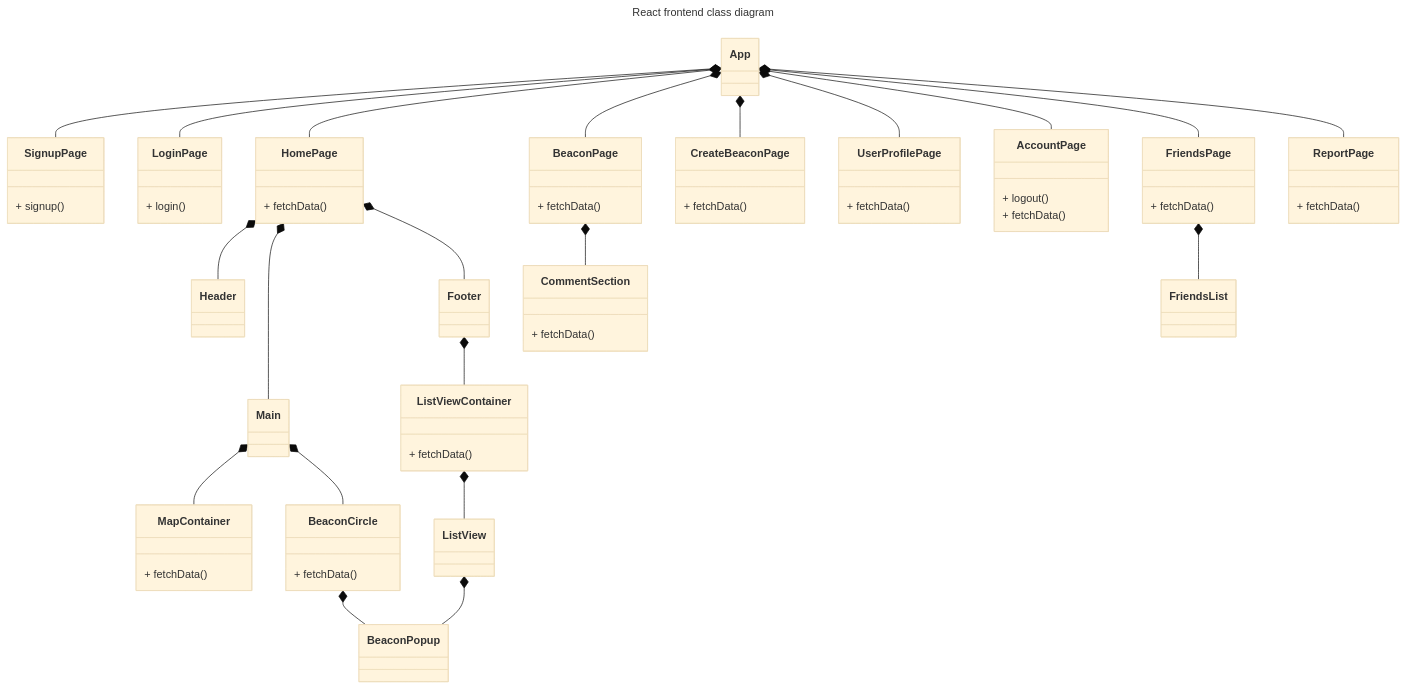
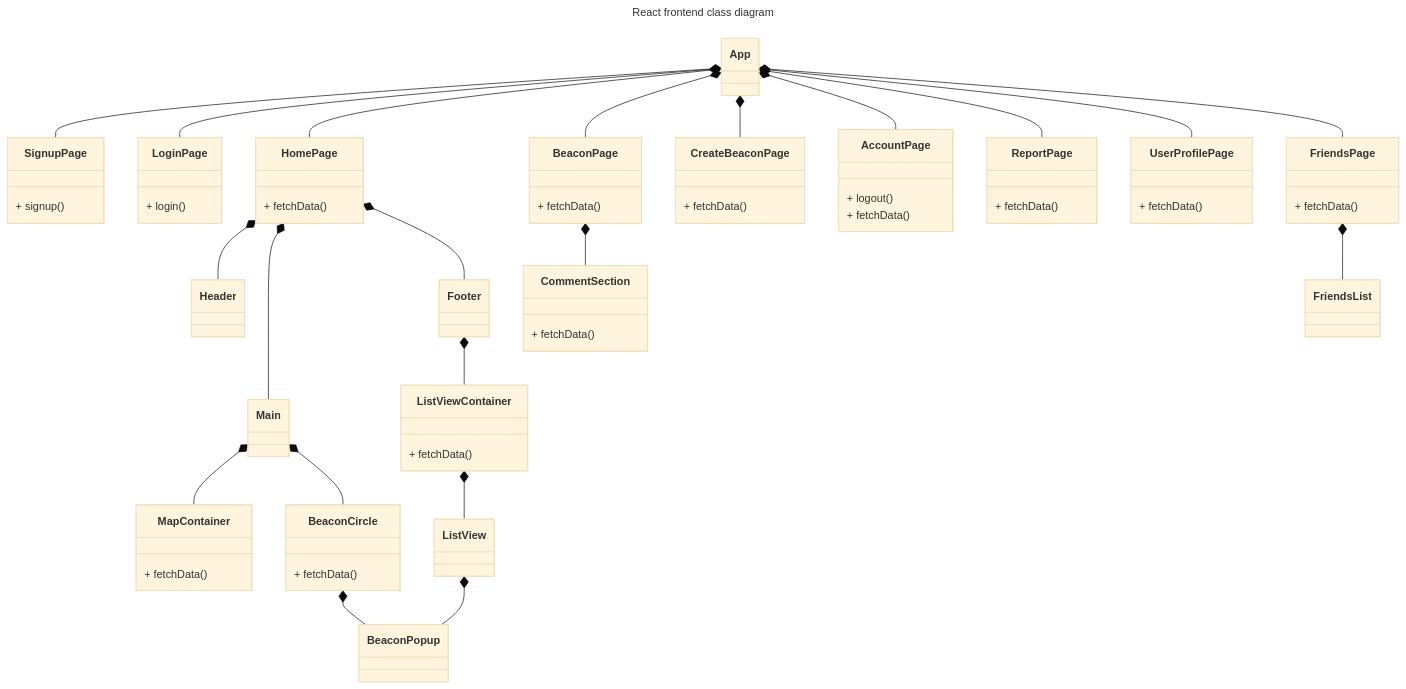
Before and after one commit to jenniferlieu/project-lomo-in-person-gaming-app: the first of 5 diagrams in documentation/docs/system-architecture/classdiagrams.md, drawn with Mermaid (base theme). The commit also changed other lines of this file and 1 other file, not shown here.

Commit message:
Update use case 3 sequence diagram to match frontend class diagram

````diff
--- a/documentation/docs/system-architecture/classdiagrams.md
+++ b/documentation/docs/system-architecture/classdiagrams.md
@@ -25,75 +25,75 @@
 ```mermaid
 ---
 title: React frontend class diagram
 ---
 classDiagram
     App *-- SignupPage
     App *-- LoginPage
     App *-- HomePage
     App *-- BeaconPage
     App *-- CreateBeaconPage
+    App *-- AccountPage
+    App *-- ReportPage
     App *-- UserProfilePage
-    App *-- AccountPage
     App *-- FriendsPage
-    App *-- ReportPage
 
     class SignupPage{
         + signup()
     }
 
     class LoginPage{
         + login()
     }
 
     HomePage *-- Header
     HomePage *-- Main
     HomePage *-- Footer
     Main *-- MapContainer
     Main *-- BeaconCircle
     BeaconCircle *-- BeaconPopup
     Footer *-- ListViewContainer
     ListViewContainer *-- ListView
     ListView *-- BeaconPopup
     class HomePage{
         + fetchData()
     }
     class MapContainer{
         + fetchData()
     }
     class BeaconCircle{
         + fetchData()
     }
     class ListViewContainer{
         + fetchData()
     }
 
     BeaconPage *-- CommentSection
     class BeaconPage{
         + fetchData()
     }
     class CommentSection{
         + fetchData()
     }
 
     class CreateBeaconPage{
         + fetchData()
     }
 
-    class UserProfilePage{
+    class AccountPage{
+        + logout()
         + fetchData()
     }
 
-    class AccountPage{
-        + logout()
+    class ReportPage{
+        + fetchData()
+    } 
+
+    class UserProfilePage{
         + fetchData()
     }
 
     FriendsPage *-- FriendsList
     class FriendsPage{
         + fetchData()
     }
-
-    class ReportPage{
-        + fetchData()
-    } 
 ```
````
